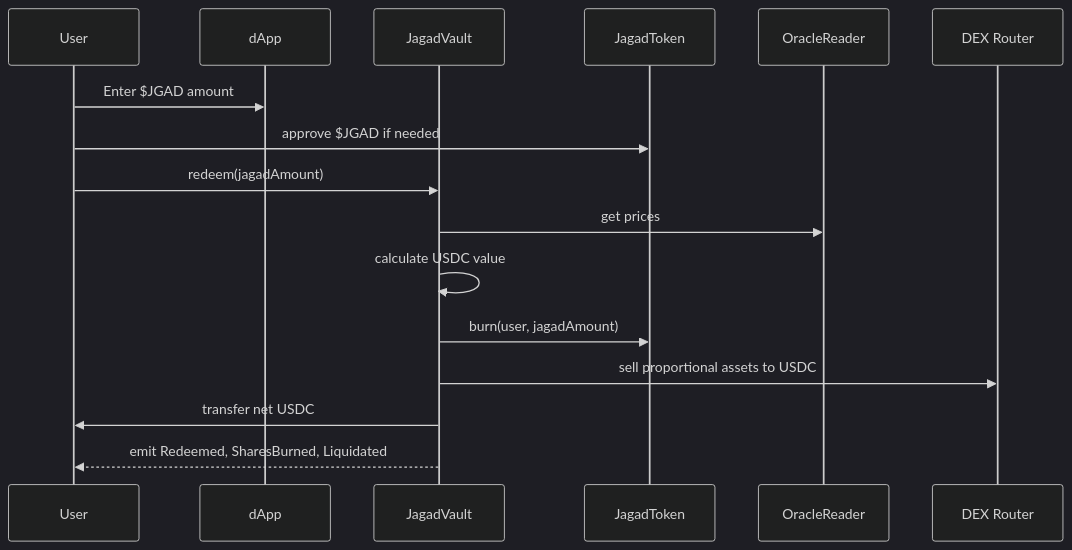
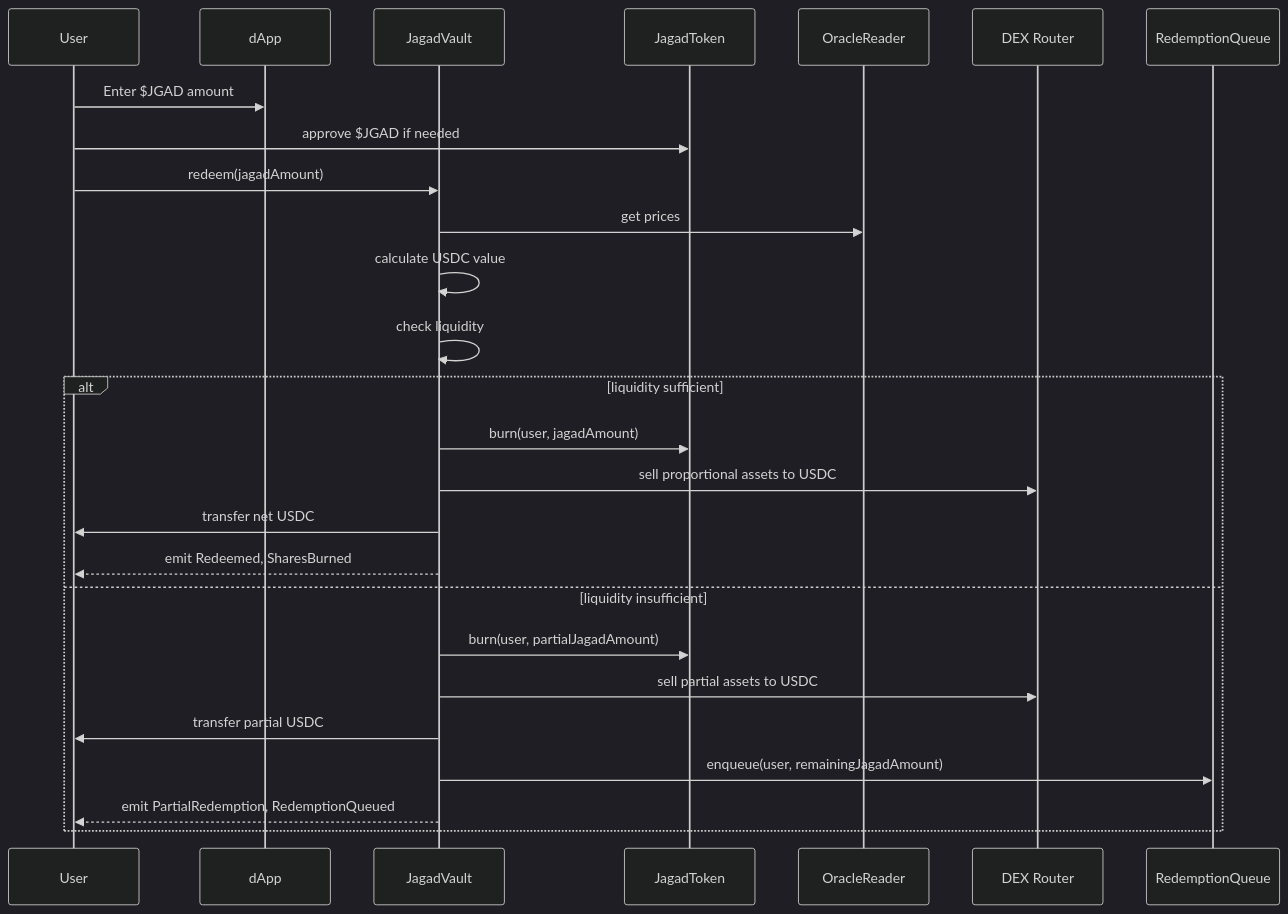
Before and after one commit to newconomics-bit/JAGAD-The-Universal-Vault: the third of 6 diagrams in ARCHITECTURE.md, drawn with Mermaid (dark theme). The commit also changed other lines of this file, not shown here.

````diff
--- a/ARCHITECTURE.md
+++ b/ARCHITECTURE.md
@@ -802,19 +949,29 @@
 ```mermaid
 sequenceDiagram
     participant User
     participant dApp
     participant Vault as JagadVault
     participant Token as JagadToken
     participant Oracle as OracleReader
     participant DEX as DEX Router
+    participant Queue as RedemptionQueue
 
     User->>dApp: Enter $JGAD amount
     User->>Token: approve $JGAD if needed
     User->>Vault: redeem(jagadAmount)
     Vault->>Oracle: get prices
     Vault->>Vault: calculate USDC value
-    Vault->>Token: burn(user, jagadAmount)
-    Vault->>DEX: sell proportional assets to USDC
-    Vault->>User: transfer net USDC
-    Vault-->>User: emit Redeemed, SharesBurned, Liquidated
+    Vault->>Vault: check liquidity
+    alt liquidity sufficient
+        Vault->>Token: burn(user, jagadAmount)
+        Vault->>DEX: sell proportional assets to USDC
+        Vault->>User: transfer net USDC
+        Vault-->>User: emit Redeemed, SharesBurned
+    else liquidity insufficient
+        Vault->>Token: burn(user, partialJagadAmount)
+        Vault->>DEX: sell partial assets to USDC
+        Vault->>User: transfer partial USDC
+        Vault->>Queue: enqueue(user, remainingJagadAmount)
+        Vault-->>User: emit PartialRedemption, RedemptionQueued
+    end
 ```
````
